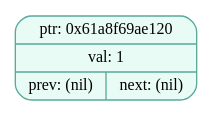
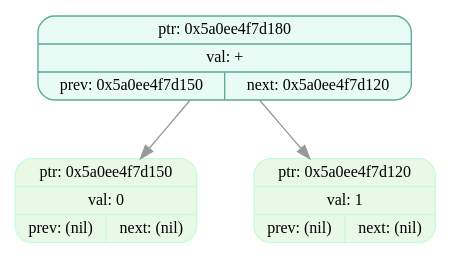
One commit to EvilTomato9890/Difference changed the diagram in dumps/tree_dump_004.dot. Above: the diagram before and after it, drawn with Graphviz. The commit also changed 30 other files, not shown here.

```diff
--- a/dumps/tree_dump_004.dot
+++ b/dumps/tree_dump_004.dot
@@ -1,5 +1,9 @@
 digraph T{
   node [fontname="Fira Mono",shape=record,style="filled,rounded",fontsize=12];
   graph [splines=true, nodesep=0.6, ranksep=0.6];
-  node_0x61a8f69ae120[shape=record,label="{ {ptr: 0x61a8f69ae120} | {val: 1} | { prev: (nil) | next: (nil) } }",color="#5aa99b",fillcolor="#e9fbf5"];
+  node_0x5a0ee4f7d180[shape=record,label="{ {ptr: 0x5a0ee4f7d180} | {val: +} | { prev: 0x5a0ee4f7d150 | next: 0x5a0ee4f7d120 } }",color="#5aa99b",fillcolor="#e9fbf5"];
+  node_0x5a0ee4f7d150[shape=record,label="{ {ptr: 0x5a0ee4f7d150} | {val: 0} | { prev: (nil) | next: (nil) } }",color="#c9fbdbff",fillcolor="#e8f9e5ff"];
+  node_0x5a0ee4f7d120[shape=record,label="{ {ptr: 0x5a0ee4f7d120} | {val: 1} | { prev: (nil) | next: (nil) } }",color="#c9fbdbff",fillcolor="#e8f9e5ff"];
+  node_0x5a0ee4f7d180 -> node_0x5a0ee4f7d150 [color="#999999"];
+  node_0x5a0ee4f7d180 -> node_0x5a0ee4f7d120 [color="#999999"];
 }
```
